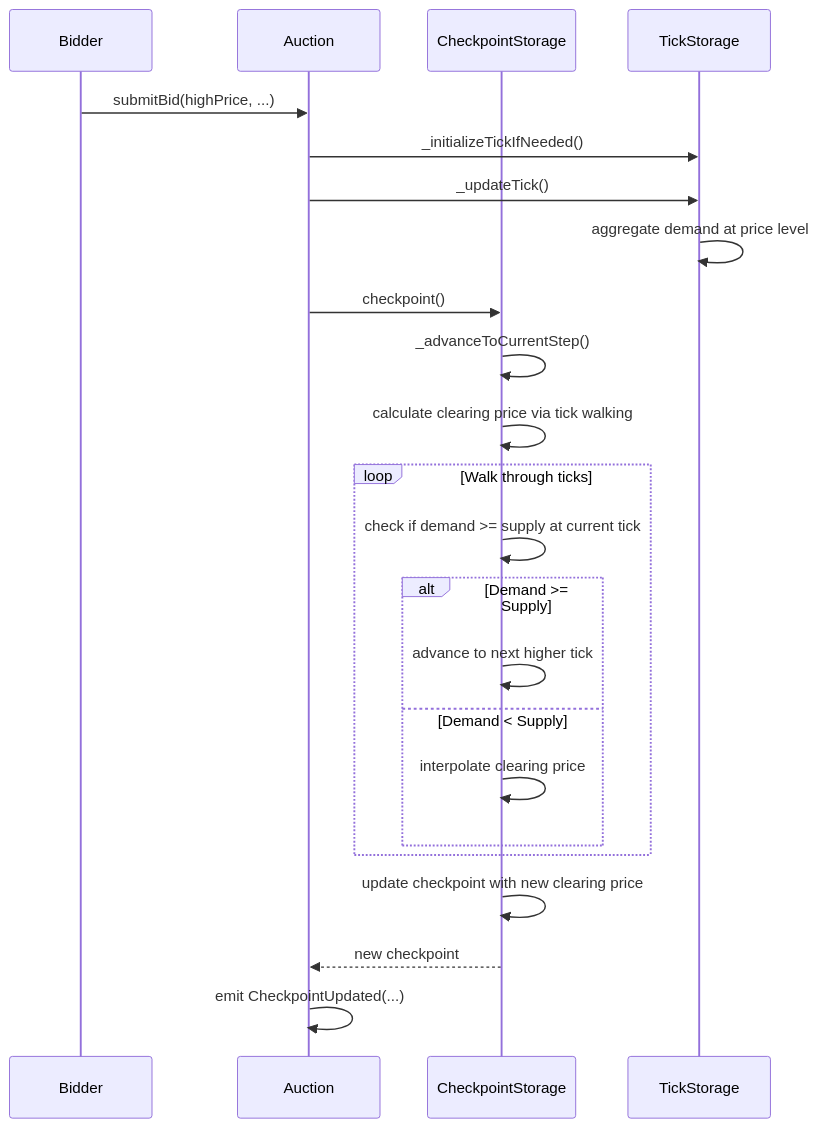
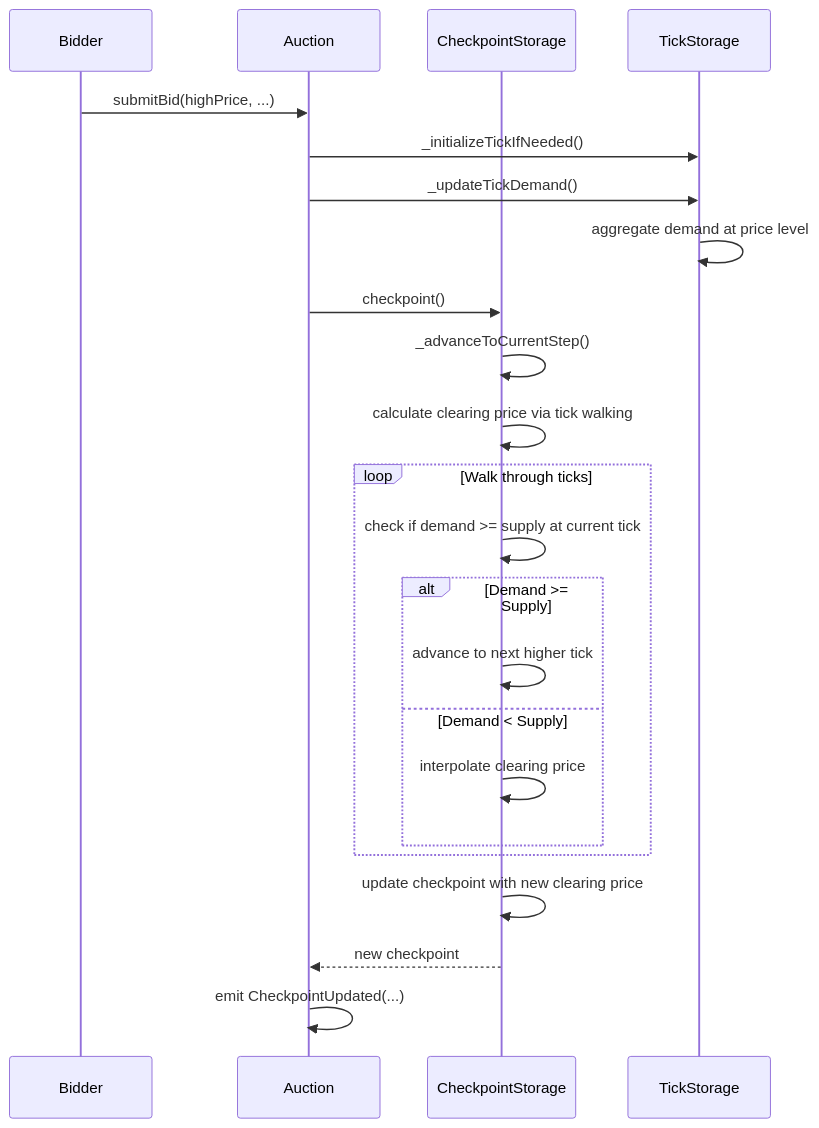
One commit to Uniswap/continuous-clearing-auction changed the fifth of 6 diagrams in README.md. Above: the diagram before and after it, drawn with Mermaid. The commit also changed other lines of this file and 14 other files, not shown here.

````diff
--- a/README.md
+++ b/README.md
@@ -442,26 +442,26 @@
 ```mermaid
 sequenceDiagram
     participant Bidder
     participant Auction
     participant CheckpointStorage
     participant TickStorage
 
     Bidder->>Auction: submitBid(highPrice, ...)
     Auction->>TickStorage: _initializeTickIfNeeded()
-    Auction->>TickStorage: _updateTick()
+    Auction->>TickStorage: _updateTickDemand()
     TickStorage->>TickStorage: aggregate demand at price level
     Auction->>CheckpointStorage: checkpoint()
     CheckpointStorage->>CheckpointStorage: _advanceToCurrentStep()
     CheckpointStorage->>CheckpointStorage: calculate clearing price via tick walking
     loop Walk through ticks
         CheckpointStorage->>CheckpointStorage: check if demand >= supply at current tick
         alt Demand >= Supply
             CheckpointStorage->>CheckpointStorage: advance to next higher tick
         else Demand < Supply
             CheckpointStorage->>CheckpointStorage: interpolate clearing price
         end
     end
     CheckpointStorage->>CheckpointStorage: update checkpoint with new clearing price
     CheckpointStorage-->>Auction: new checkpoint
     Auction->>Auction: emit CheckpointUpdated(...)
 ```
````
